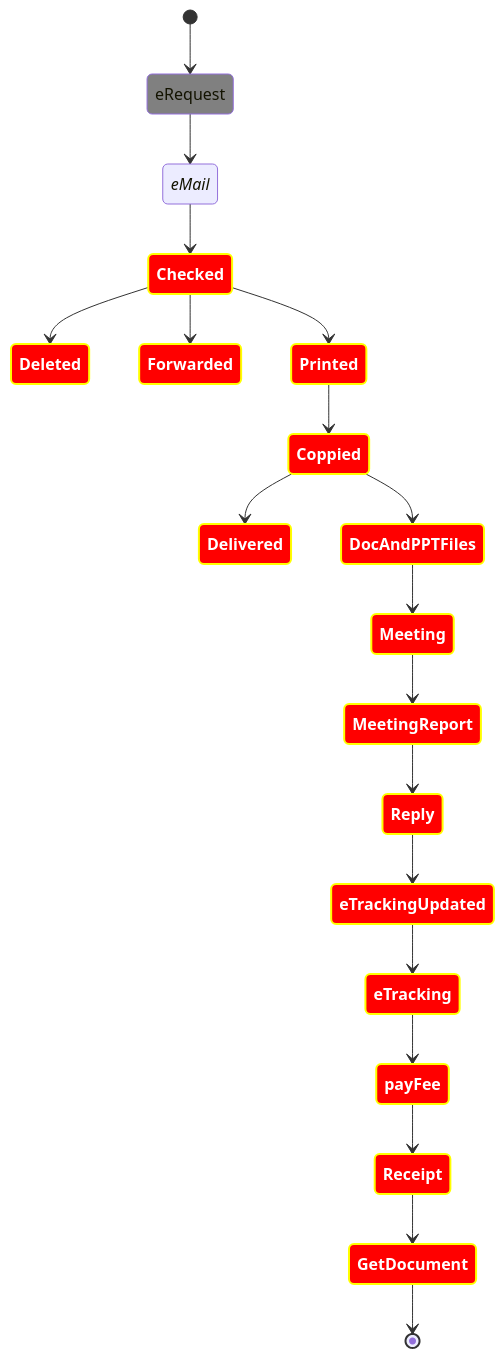
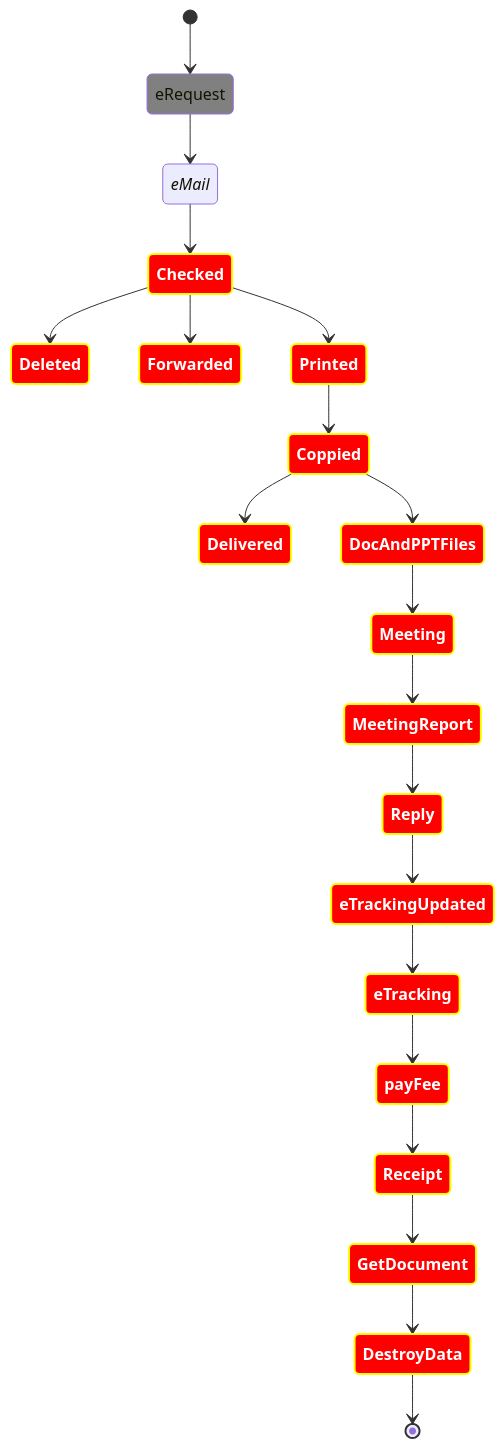
Before and after one commit to Kietpawpan/pdpa: the seventh of 7 diagrams in README.md, drawn with Mermaid.

````diff
--- a/README.md
+++ b/README.md
@@ -141,30 +141,31 @@
 ```mermaid
 stateDiagram
    direction TB
 
    accTitle: e-Tracking Risk
    accDescr: This is an accessible description
 
    classDef notMoving fill:grey
    classDef movement font-style:italic;
    classDef badBadEvent fill:#f00,color:white,font-weight:bold,stroke-width:2px,stroke:yellow
 
    [*] --> eRequest:::notMoving
    eRequest--> eMail:::movement
    eMail --> Checked:::badBadEvent
 	Checked:::badBadEvent-->Deleted:::badBadEvent
 Checked:::badBadEvent-->Forwarded:::badBadEvent
    Checked:::badBadEvent --> Printed:::badBadEvent
 Printed:::badBadEvent-->Coppied:::badBadEvent
 Coppied:::badBadEvent-->Delivered:::badBadEvent
 Coppied:::badBadEvent-->DocAndPPTFiles:::badBadEvent
 DocAndPPTFiles:::badBadEvent-->Meeting:::badBadEvent
 Meeting:::badBadEvent-->MeetingReport:::badBadEvent
 MeetingReport:::badBadEvent-->Reply:::badBadEvent
 Reply:::badBadEvent-->eTrackingUpdated:::badBadEvent
 eTrackingUpdated:::badBadEvent-->eTracking:::badBadEvent
 eTracking:::badBadEvent-->payFee:::badBadEvent
 payFee:::badBadEvent-->Receipt:::badBadEvent
 Receipt:::badBadEvent-->GetDocument:::badBadEvent
-GetDocument:::badBadEvent-->[*]
+GetDocument:::badBadEvent-->DestroyData:::badBadEvent
+DestroyData:::badBadEvent-->[*]
 ```
````
